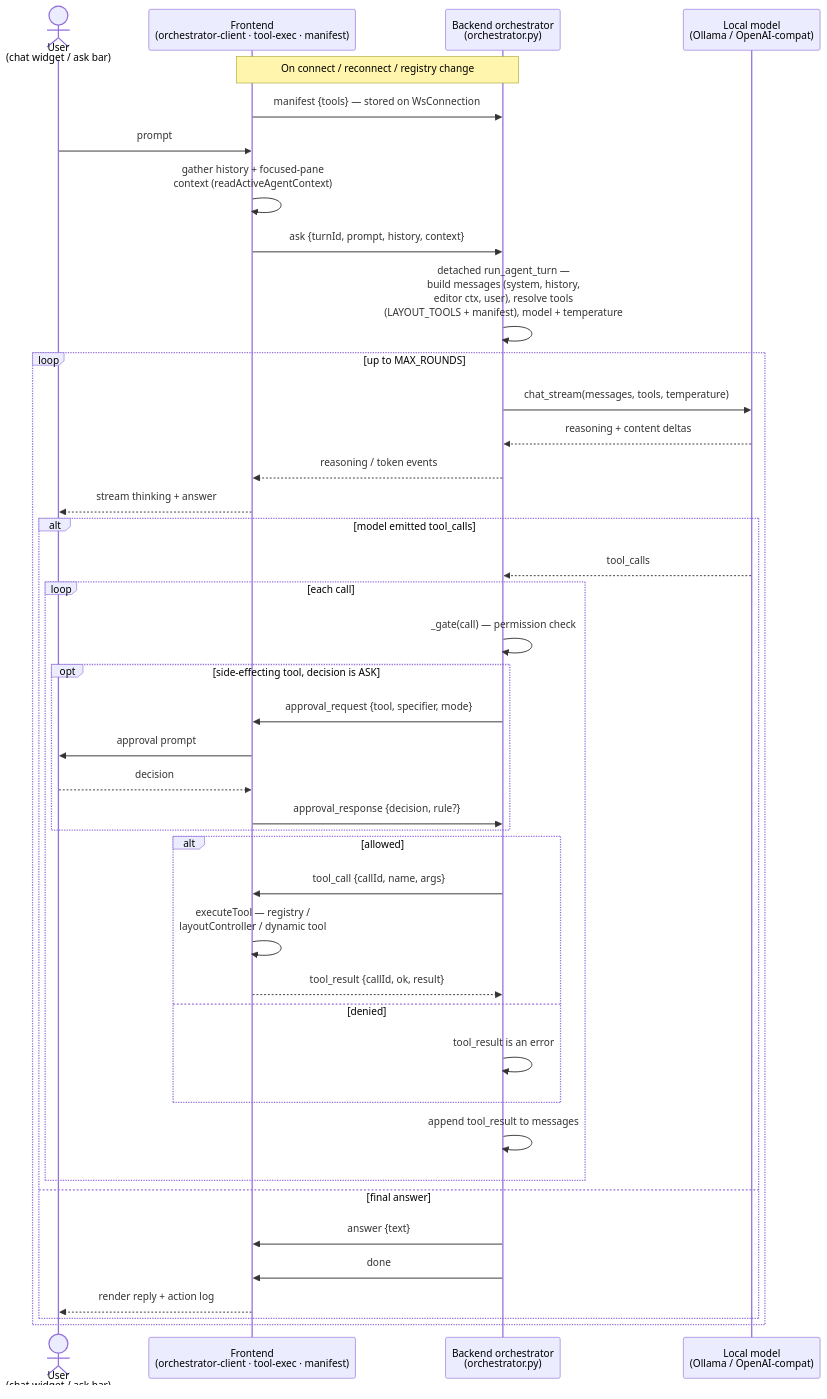
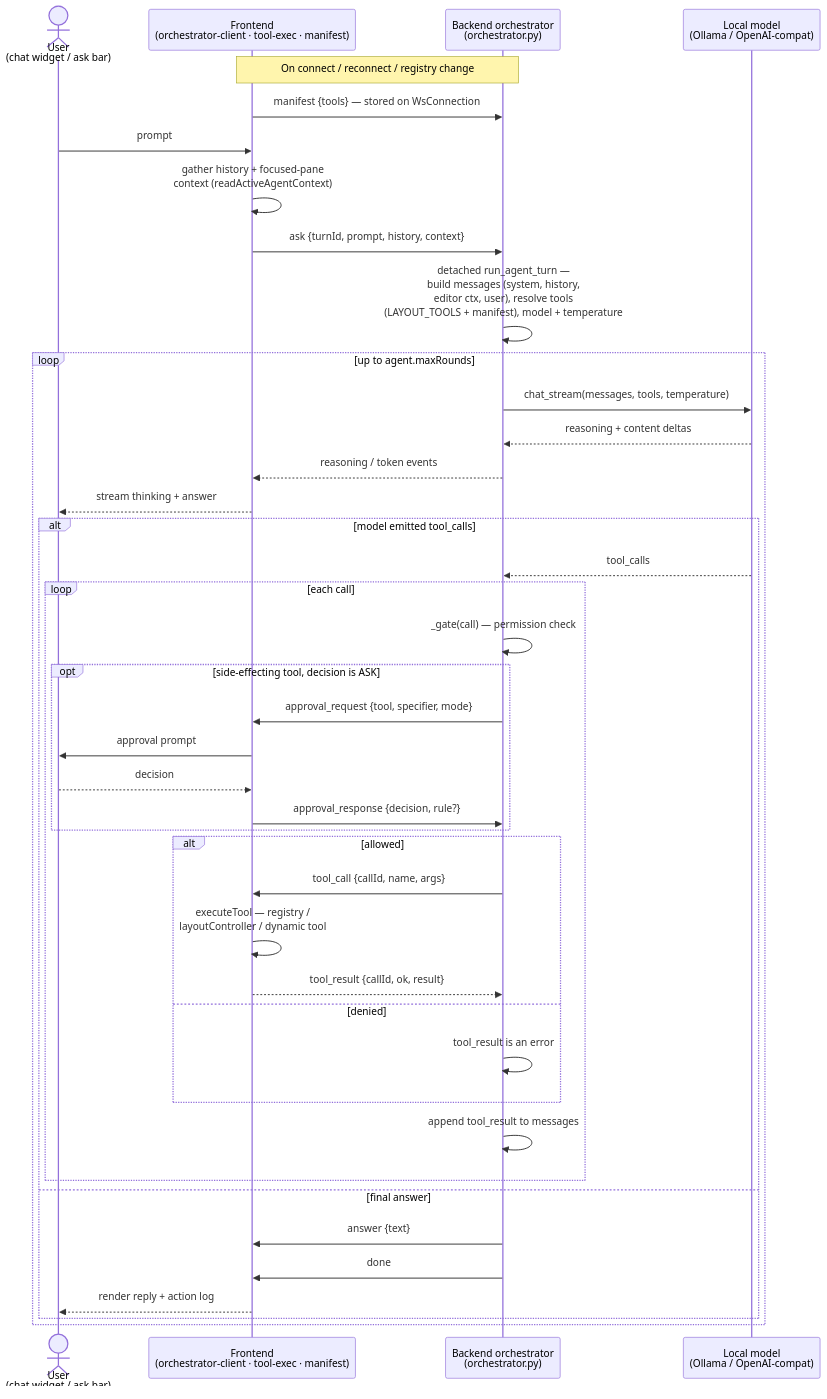
One commit to ConstCorrectness/horrible-dashboard changed the first of 3 diagrams in docs/modules/agent-chat.mdx. Above: the diagram before and after it, drawn with Mermaid. The commit also changed other lines of this file and 4 other files, not shown here.

````diff
--- a/docs/modules/agent-chat.mdx
+++ b/docs/modules/agent-chat.mdx
@@ -176,47 +176,47 @@
 ```mermaid
 sequenceDiagram
     actor U as User<br/>(chat widget / ask bar)
     participant FE as Frontend<br/>(orchestrator-client · tool-exec · manifest)
     participant BE as Backend orchestrator<br/>(orchestrator.py)
     participant M as Local model<br/>(Ollama / OpenAI-compat)
 
     Note over FE,BE: On connect / reconnect / registry change
     FE->>BE: manifest {tools} — stored on WsConnection
 
     U->>FE: prompt
     FE->>FE: gather history + focused-pane<br/>context (readActiveAgentContext)
     FE->>BE: ask {turnId, prompt, history, context}
     BE->>BE: detached run_agent_turn —<br/>build messages (system, history,<br/>editor ctx, user), resolve tools<br/>(LAYOUT_TOOLS + manifest), model + temperature
 
-    loop up to MAX_ROUNDS
+    loop up to agent.maxRounds
         BE->>M: chat_stream(messages, tools, temperature)
         M-->>BE: reasoning + content deltas
         BE-->>FE: reasoning / token events
         FE-->>U: stream thinking + answer
 
         alt model emitted tool_calls
             M-->>BE: tool_calls
             loop each call
                 BE->>BE: _gate(call) — permission check
                 opt side-effecting tool, decision is ASK
                     BE->>FE: approval_request {tool, specifier, mode}
                     FE->>U: approval prompt
                     U-->>FE: decision
                     FE->>BE: approval_response {decision, rule?}
                 end
                 alt allowed
                     BE->>FE: tool_call {callId, name, args}
                     FE->>FE: executeTool — registry /<br/>layoutController / dynamic tool
                     FE-->>BE: tool_result {callId, ok, result}
                 else denied
                     BE->>BE: tool_result is an error
                 end
                 BE->>BE: append tool_result to messages
             end
         else final answer
             BE->>FE: answer {text}
             BE->>FE: done
             FE-->>U: render reply + action log
         end
     end
 ```
````
